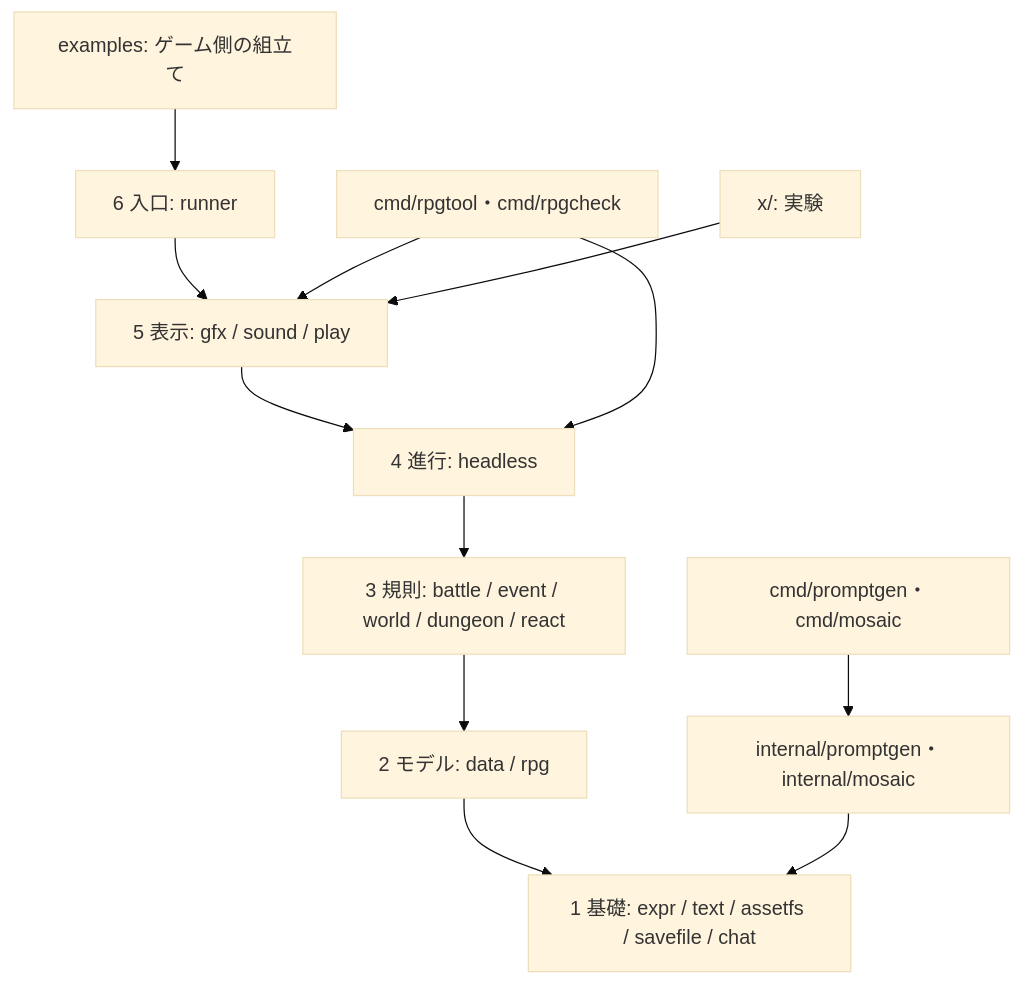
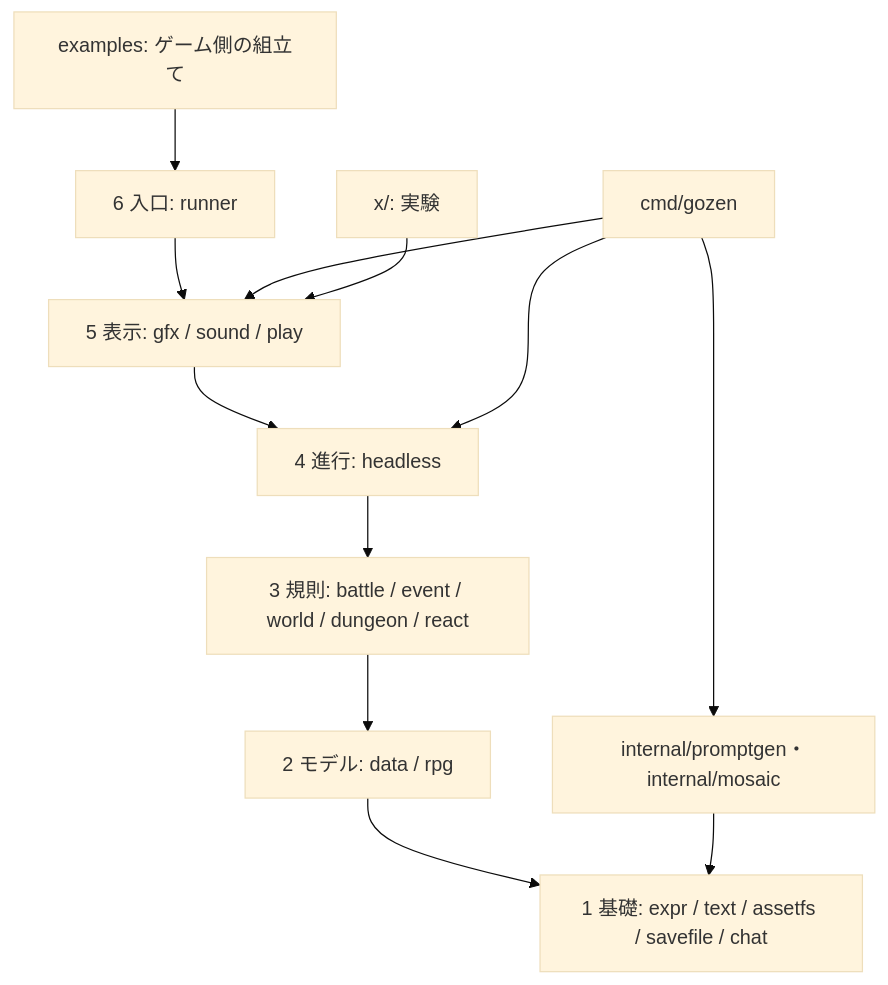
The diagram in docs/architecture/overview.md (nao1215/gozen), drawn with Mermaid (base theme) before and after one commit. The commit also changed other lines of this file and 82 other files, not shown here.

````diff
--- a/docs/architecture/overview.md
+++ b/docs/architecture/overview.md
@@ -11,14 +11,14 @@
 ```mermaid
 flowchart TB
   L6["6 入口: runner"] --> L5["5 表示: gfx / sound / play"]
   L5 --> L4["4 進行: headless"]
   L4 --> L3["3 規則: battle / event / world / dungeon / react"]
   L3 --> L2["2 モデル: data / rpg"]
   L2 --> L1["1 基礎: expr / text / assetfs / savefile / chat"]
-  CLI["cmd/rpgtool・cmd/rpgcheck"] --> L5
+  CLI["cmd/gozen"] --> L5
   CLI --> L4
   Example["examples: ゲーム側の組立て"] --> L6
   X["x/: 実験"] --> L5
-  Production["cmd/promptgen・cmd/mosaic"] --> Private["internal/promptgen・internal/mosaic"]
+  CLI --> Private["internal/promptgen・internal/mosaic"]
   Private --> L1
 ```
````
